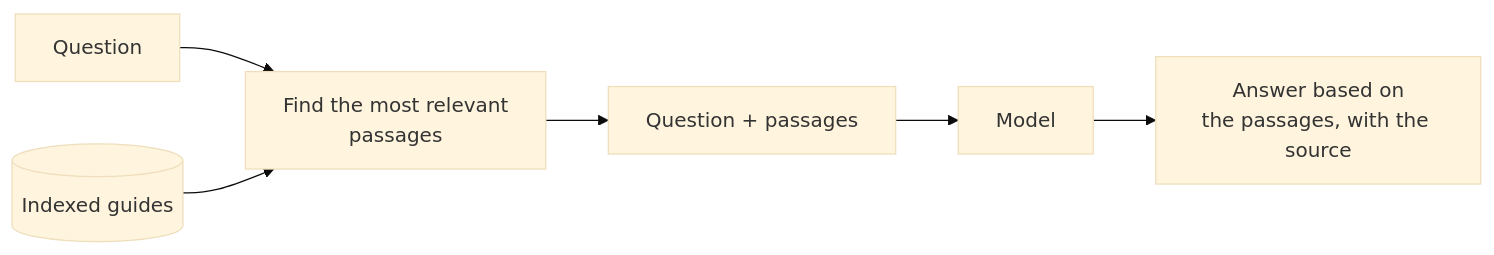
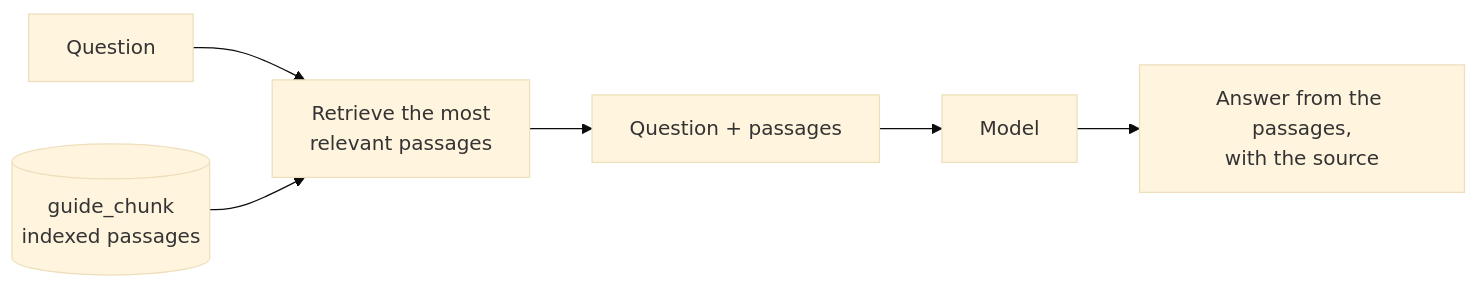
One commit to renatoaug/platjourney changed the first of 4 diagrams in docs/design/07-rag.md. Above: the diagram before and after it, drawn with Mermaid (base theme). The commit also changed other lines of this file, not shown here.

Commit message:
docs(rag): explain the hybrid search, when each search runs and its weights

````diff
--- a/docs/design/07-rag.md
+++ b/docs/design/07-rag.md
@@ -7,7 +13,7 @@
 ```mermaid
 flowchart LR
-    q[Question] --> find["Find the most relevant<br/>passages"]
-    store[("Indexed guides")] --> find
-    find --> prompt["Question + passages"]
-    prompt --> model[Model] --> answer["Answer based on<br/>the passages, with the source"]
+    q[Question] --> search["Retrieve the most<br/>relevant passages"]
+    idx[("guide_chunk<br/>indexed passages")] --> search
+    search --> prompt["Question + passages"]
+    prompt --> model[Model] --> answer["Answer from the passages,<br/>with the source"]
 ```
````
